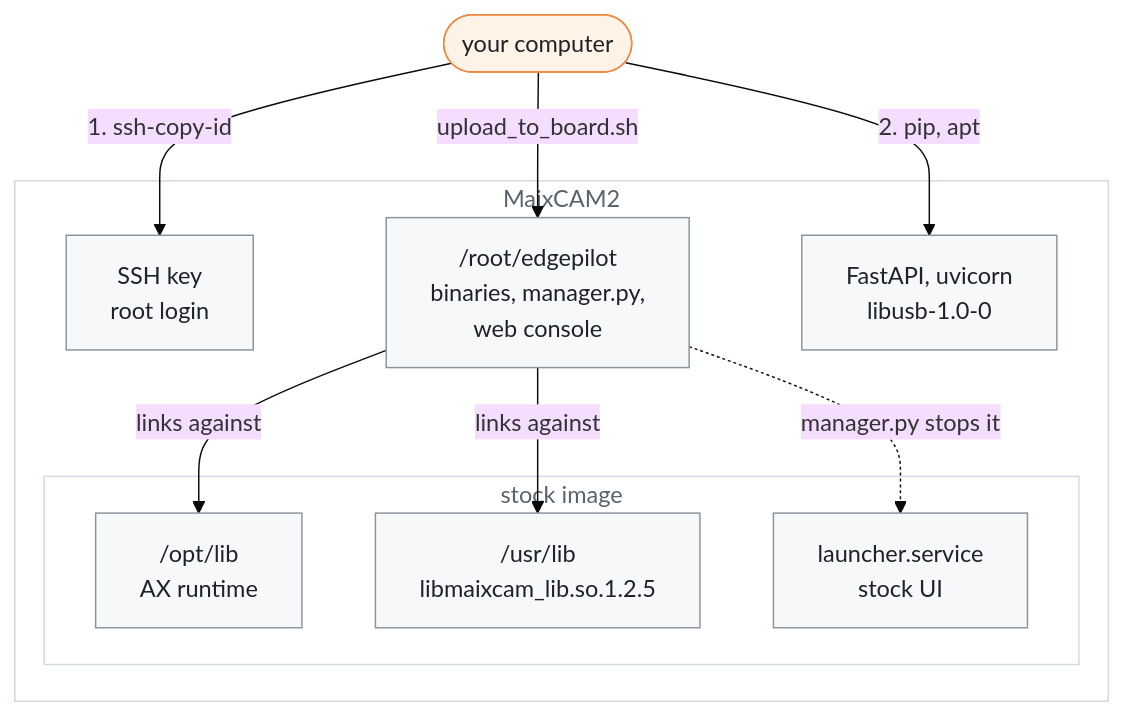
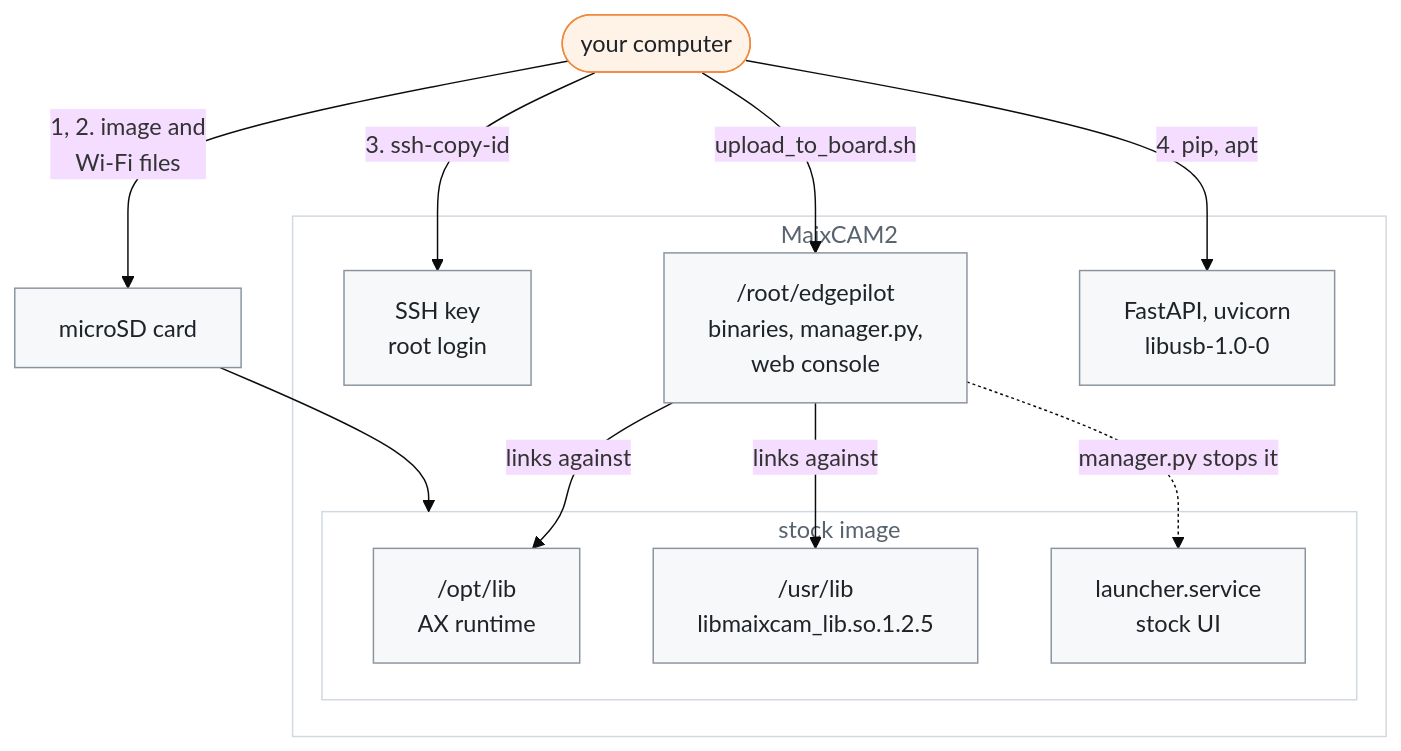
Before and after one commit to Deggory/edgepilot: the diagram in docs/board-setup.md, drawn with Mermaid (base theme). The commit also changed other lines of this file and 21 other files, not shown here.

````diff
--- a/docs/board-setup.md
+++ b/docs/board-setup.md
@@ -13,25 +14,27 @@
 ```mermaid
 flowchart TB
-    host(["your computer"]) -- "1. ssh-copy-id" --> key
+    host(["your computer"]) -- "1, 2. image and<br>Wi-Fi files" --> card["microSD card"]
+    host -- "3. ssh-copy-id" --> key
     host -- "upload_to_board.sh" --> install
-    host -- "2. pip, apt" --> pkgs
+    host -- "4. pip, apt" --> pkgs
+    card --> stock
     subgraph board["MaixCAM2"]
         key["SSH key<br>root login"]
         install["/root/edgepilot<br>binaries, manager.py,<br>web console"]
         pkgs["FastAPI, uvicorn<br>libusb-1.0-0"]
         subgraph stock["stock image"]
             ax["/opt/lib<br>AX runtime"]
             maix["/usr/lib<br>libmaixcam_lib.so.1.2.5"]
             launcher["launcher.service<br>stock UI"]
         end
     end
     install -- "links against" --> ax
     install -- "links against" --> maix
     install -. "manager.py stops it" .-> launcher
     classDef proc fill:#f6f8fa,stroke:#8b949e,color:#1f2328
     classDef external fill:#fff3e8,stroke:#f0883e,color:#1f2328
     classDef group fill:#ffffff,stroke:#d1d9e0,color:#59636e
-    class key,install,pkgs,ax,maix,launcher proc
+    class key,install,pkgs,ax,maix,launcher,card proc
     class host external
     class board,stock group
 ```
````
